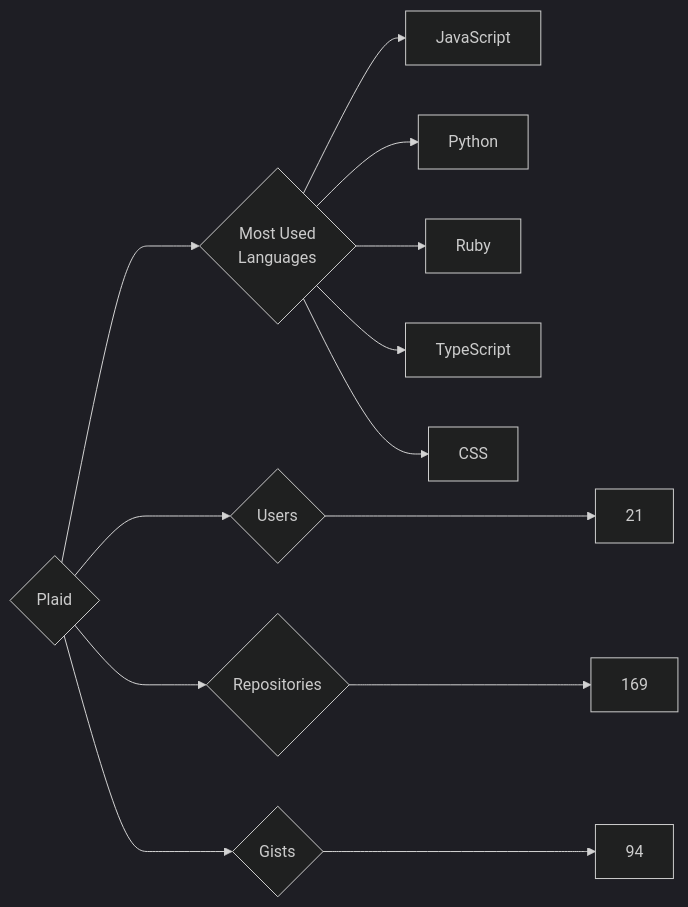
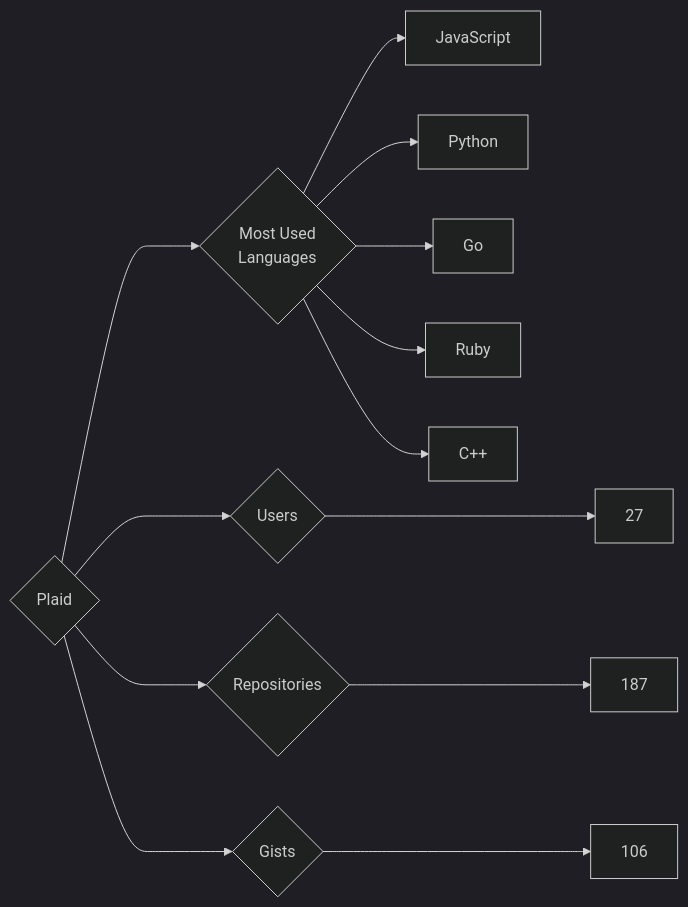
Before and after one commit to trickest/insiders: the diagram in targets/Plaid/README.md, drawn with Mermaid (dark theme). The commit also changed 814 other files, not shown here.

````diff
--- a/targets/Plaid/README.md
+++ b/targets/Plaid/README.md
@@ -3,13 +3,13 @@
 ```mermaid
 graph LR
 COMPANY_NAME{Plaid}
-COMPANY_NAME ---> U{Users} ---> UN[21]
-COMPANY_NAME ---> R{Repositories} ---> RN[169]
-COMPANY_NAME ---> G{Gists} ---> GN[94]
+COMPANY_NAME ---> U{Users} ---> UN[27]
+COMPANY_NAME ---> R{Repositories} ---> RN[187]
+COMPANY_NAME ---> G{Gists} ---> GN[106]
 COMPANY_NAME ---> ML{Most Used<br>Languages}
 ML --> JavaScript[JavaScript]
 ML --> Python[Python]
+ML --> Go[Go]
 ML --> Ruby[Ruby]
-ML --> TypeScript[TypeScript]
-ML --> CSS[CSS]
+ML --> C++[C++]
 ```
````
